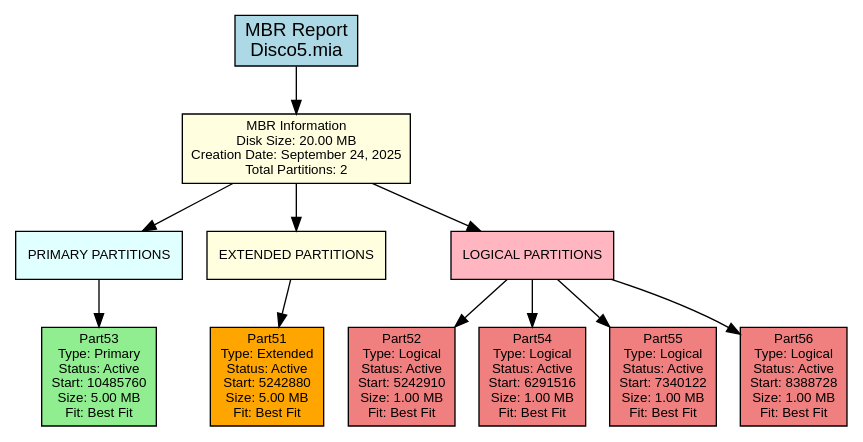
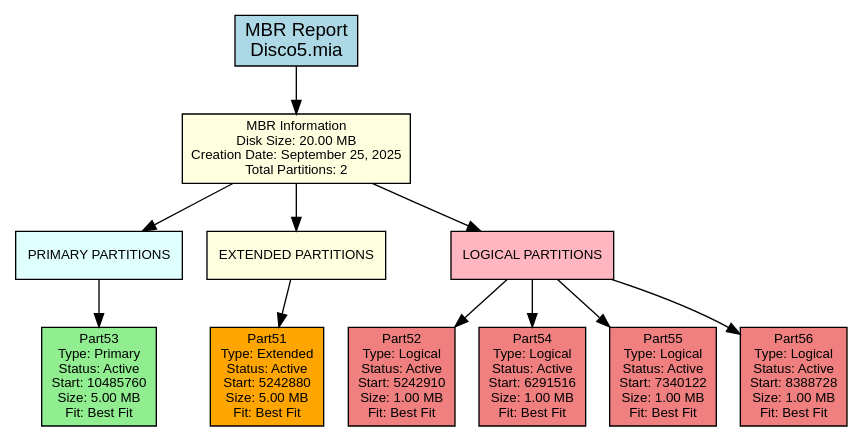
One commit to DiegVas/MIA_2S2025_P2_202300638 changed the diagram in backend/provider/reports/src/mbr_381C.dot. Above: the diagram before and after it, drawn with Graphviz. The commit also changed 27 other files, not shown here.

```diff
--- a/backend/provider/reports/src/mbr_381C.dot
+++ b/backend/provider/reports/src/mbr_381C.dot
@@ -1,34 +1,34 @@
 digraph MBR_Report {
     rankdir=TB;
     node [shape=box, style=filled];
     graph [fontname="Arial", fontsize=12];
     node [fontname="Arial", fontsize=10];
     edge [fontname="Arial"];
 
     title [label="MBR Report\nDisco5.mia", fillcolor=lightblue, fontsize=14];
 
-    mbr_info [label="MBR Information\nDisk Size: 20.00 MB\nCreation Date: September 24, 2025\nTotal Partitions: 2", fillcolor=lightyellow];
+    mbr_info [label="MBR Information\nDisk Size: 20.00 MB\nCreation Date: September 25, 2025\nTotal Partitions: 2", fillcolor=lightyellow];
 
     primary_section [label="PRIMARY PARTITIONS", shape=box, style=filled, fillcolor=lightcyan];
     primary_0 [label="Part53\nType: Primary\nStatus: Active\nStart: 10485760\nSize: 5.00 MB\nFit: Best Fit", fillcolor=lightgreen];
     primary_section -> primary_0;
 
     extended_section [label="EXTENDED PARTITIONS", shape=box, style=filled, fillcolor=lightyellow];
     extended_0 [label="Part51\nType: Extended\nStatus: Active\nStart: 5242880\nSize: 5.00 MB\nFit: Best Fit", fillcolor=orange];
     extended_section -> extended_0;
 
     logical_section [label="LOGICAL PARTITIONS", shape=box, style=filled, fillcolor=lightpink];
     logical_0 [label="Part52\nType: Logical\nStatus: Active\nStart: 5242910\nSize: 1.00 MB\nFit: Best Fit", fillcolor=lightcoral];
     logical_section -> logical_0;
     logical_1 [label="Part54\nType: Logical\nStatus: Active\nStart: 6291516\nSize: 1.00 MB\nFit: Best Fit", fillcolor=lightcoral];
     logical_section -> logical_1;
     logical_2 [label="Part55\nType: Logical\nStatus: Active\nStart: 7340122\nSize: 1.00 MB\nFit: Best Fit", fillcolor=lightcoral];
     logical_section -> logical_2;
     logical_3 [label="Part56\nType: Logical\nStatus: Active\nStart: 8388728\nSize: 1.00 MB\nFit: Best Fit", fillcolor=lightcoral];
     logical_section -> logical_3;
 
     title -> mbr_info;
     mbr_info -> primary_section;
     mbr_info -> extended_section;
     mbr_info -> logical_section;
 }
```
